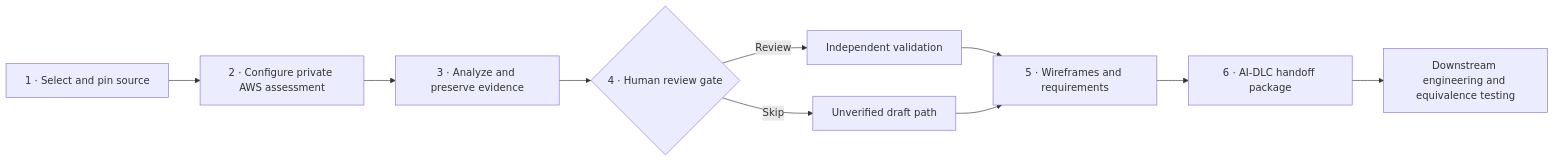
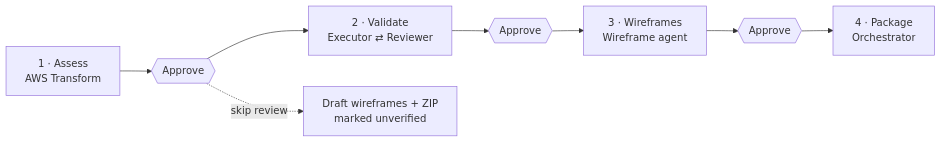
One commit to sknampally/reframe changed the second of 2 diagrams in README.md. Above: the diagram before and after it, drawn with Mermaid. The commit also changed other lines of this file, not shown here.

First line of the commit message:
Simplify README diagrams and add run instructions

````diff
--- a/README.md
+++ b/README.md
@@ -60,12 +66,8 @@
 ```mermaid
 flowchart LR
-    I["1 · Select and pin source"] --> B["2 · Configure private AWS assessment"]
-    B --> E["3 · Analyze and preserve evidence"]
-    E --> G{"4 · Human review gate"}
-    G -->|Review| Q["Independent validation"]
-    G -->|Skip| U["Unverified draft path"]
-    Q --> O["5 · Wireframes and requirements"]
-    U --> O
-    O --> K["6 · AI-DLC handoff package"]
-    K --> Z["Downstream engineering and equivalence testing"]
+    A["1 · Assess<br/>AWS Transform"] --> G1{{"Approve"}}
+    G1 --> B["2 · Validate<br/>Executor ⇄ Reviewer"] --> G2{{"Approve"}}
+    G2 --> C["3 · Wireframes<br/>Wireframe agent"] --> G3{{"Approve"}}
+    G3 --> D["4 · Package<br/>Orchestrator"]
+    G1 -.->|"skip review"| S["Draft wireframes + ZIP<br/>marked unverified"]
 ```
````
